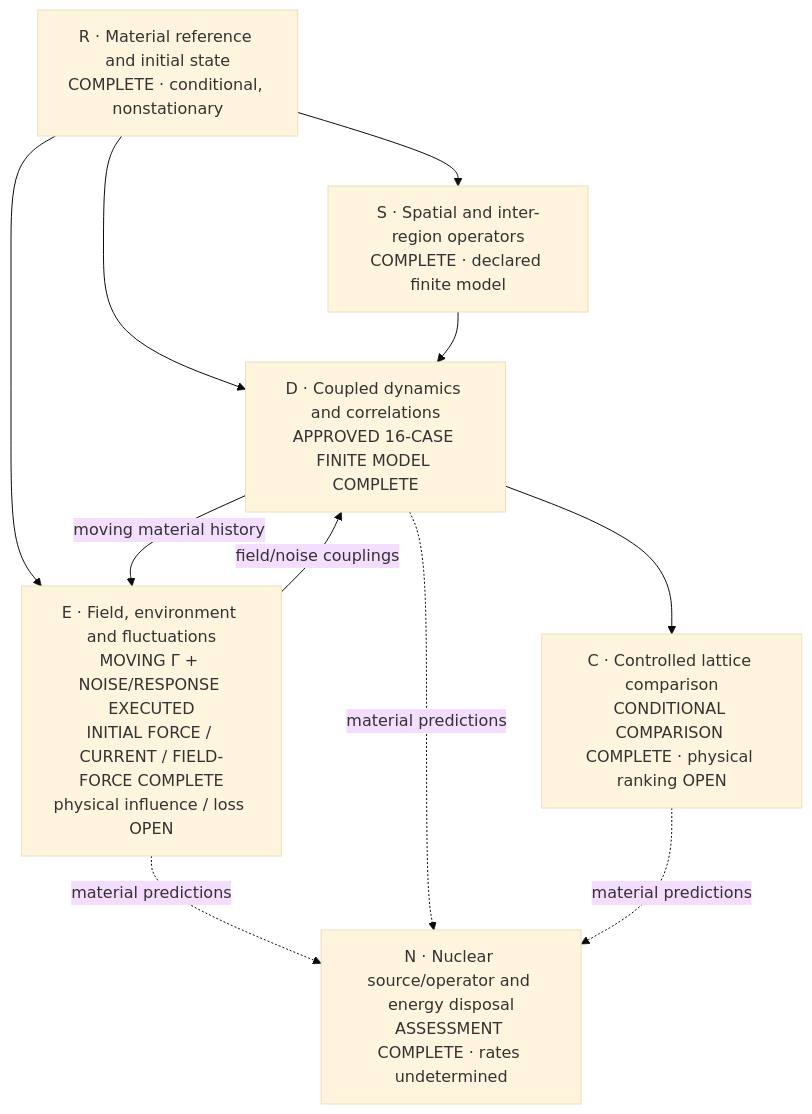
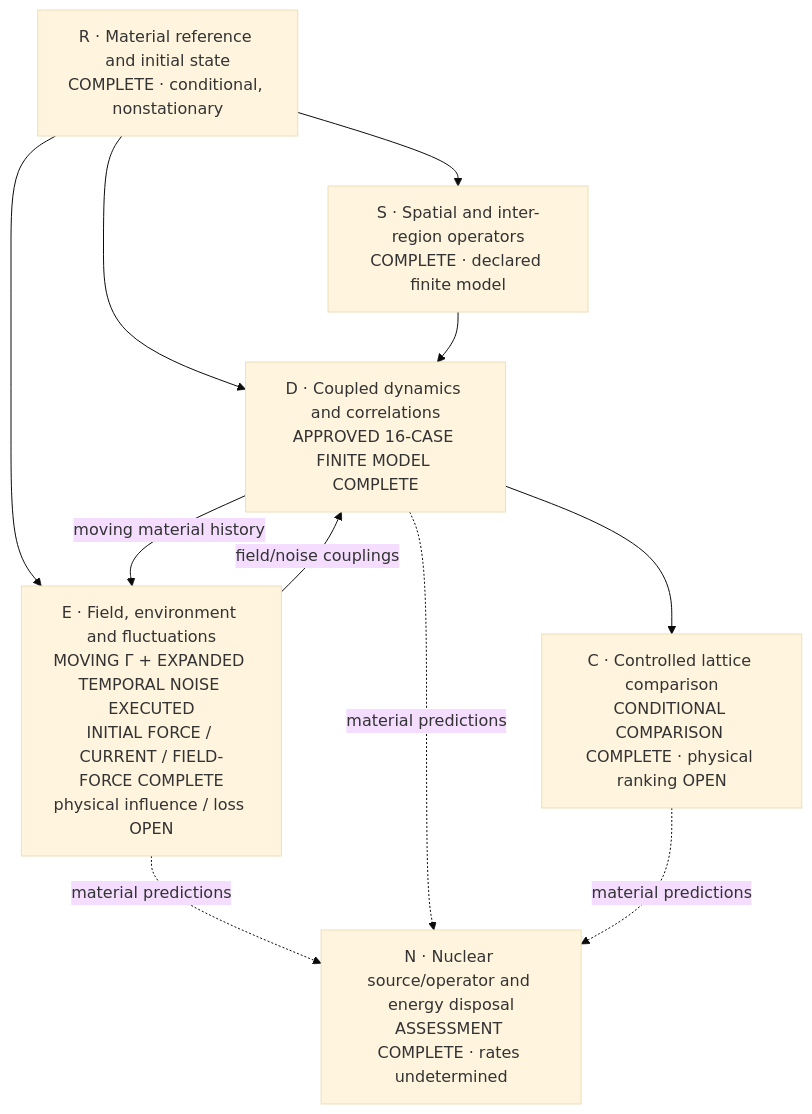
One commit to vantasnerdan/substrate-framework changed the diagram in proposals/P254-ni-collective-response/SOLUTION.md. Above: the diagram before and after it, drawn with Mermaid (base theme). The commit also changed other lines of this file and 7 other files, not shown here.

Commit message:
P254: complete expanded temporal force influence and preserve full scientific result

````diff
--- a/proposals/P254-ni-collective-response/SOLUTION.md
+++ b/proposals/P254-ni-collective-response/SOLUTION.md
@@ -16,19 +16,19 @@
 ```mermaid
 flowchart TD
     R["R · Material reference and initial state\nCOMPLETE · conditional, nonstationary"]
     S["S · Spatial and inter-region operators\nCOMPLETE · declared finite model"]
-    E["E · Field, environment and fluctuations\nMOVING Γ + NOISE/RESPONSE EXECUTED\nINITIAL FORCE / CURRENT / FIELD-FORCE COMPLETE\nphysical influence / loss OPEN"]
+    E["E · Field, environment and fluctuations\nMOVING Γ + EXPANDED TEMPORAL NOISE EXECUTED\nINITIAL FORCE / CURRENT / FIELD-FORCE COMPLETE\nphysical influence / loss OPEN"]
     D["D · Coupled dynamics and correlations\nAPPROVED 16-CASE FINITE MODEL COMPLETE"]
     C["C · Controlled lattice comparison\nCONDITIONAL COMPARISON COMPLETE · physical ranking OPEN"]
     N["N · Nuclear source/operator and energy disposal\nASSESSMENT COMPLETE · rates undetermined"]
     R --> S
     R --> E
     R --> D
     S --> D
     E -- "field/noise couplings" --> D
     D -- "moving material history" --> E
     D --> C
     E -. "material predictions" .-> N
     D -. "material predictions" .-> N
     C -. "material predictions" .-> N
 ```
````
